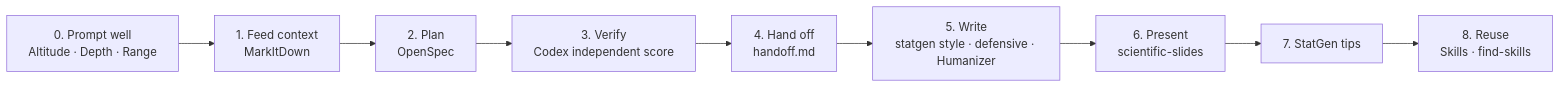
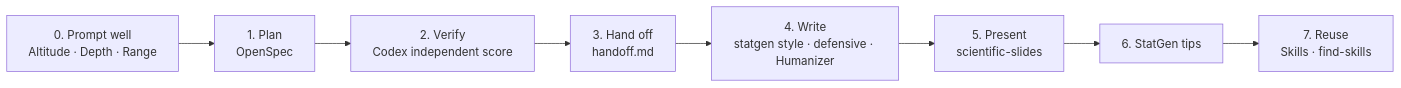
One commit to al4225/claude_code changed the diagram in code/wiki/AI_Research_Toolkit.md. Above: the diagram before and after it, drawn with Mermaid. The commit also changed other lines of this file and 2 other files, not shown here.

Commit message:
Fold MarkItDown into StatGen tips (6.8); renumber sections 1-7

````diff
--- a/code/wiki/AI_Research_Toolkit.md
+++ b/code/wiki/AI_Research_Toolkit.md
@@ -9,11 +9,10 @@
 ```mermaid
 flowchart LR
-    A["0. Prompt well<br/>Altitude · Depth · Range"] --> B["1. Feed context<br/>MarkItDown"]
-    B --> C["2. Plan<br/>OpenSpec"]
-    C --> D["3. Verify<br/>Codex independent score"]
-    D --> E["4. Hand off<br/>handoff.md"]
-    E --> G["5. Write<br/>statgen style · defensive · Humanizer"]
-    G --> H["6. Present<br/>scientific-slides"]
-    H --> I["7. StatGen tips"]
-    I --> F["8. Reuse<br/>Skills · find-skills"]
+    A["0. Prompt well<br/>Altitude · Depth · Range"] --> C["1. Plan<br/>OpenSpec"]
+    C --> D["2. Verify<br/>Codex independent score"]
+    D --> E["3. Hand off<br/>handoff.md"]
+    E --> G["4. Write<br/>statgen style · defensive · Humanizer"]
+    G --> H["5. Present<br/>scientific-slides"]
+    H --> I["6. StatGen tips"]
+    I --> F["7. Reuse<br/>Skills · find-skills"]
 ```
````
